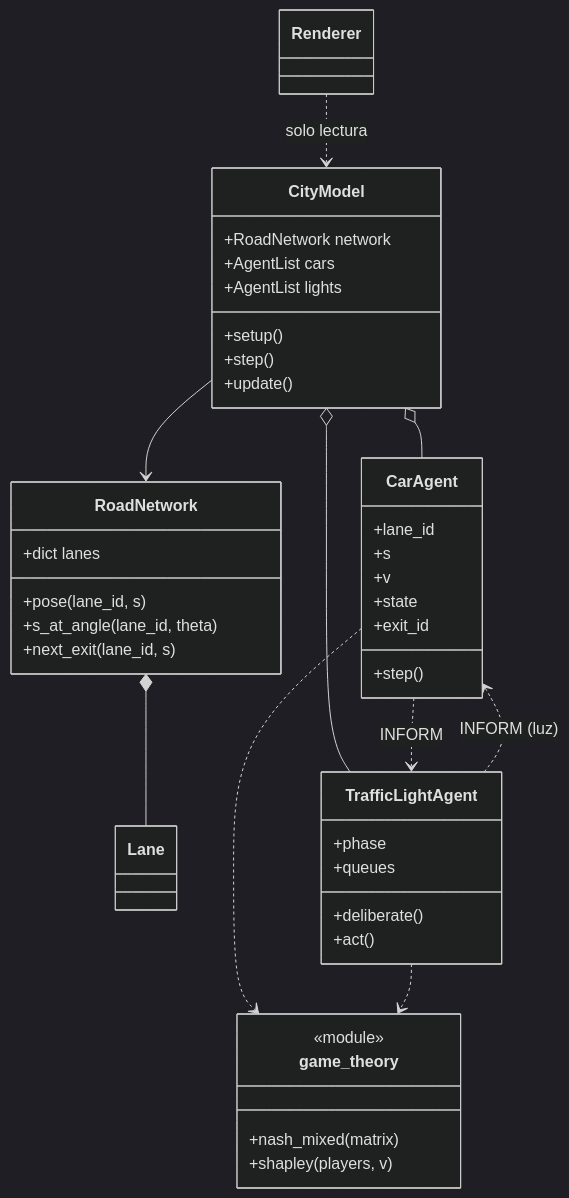
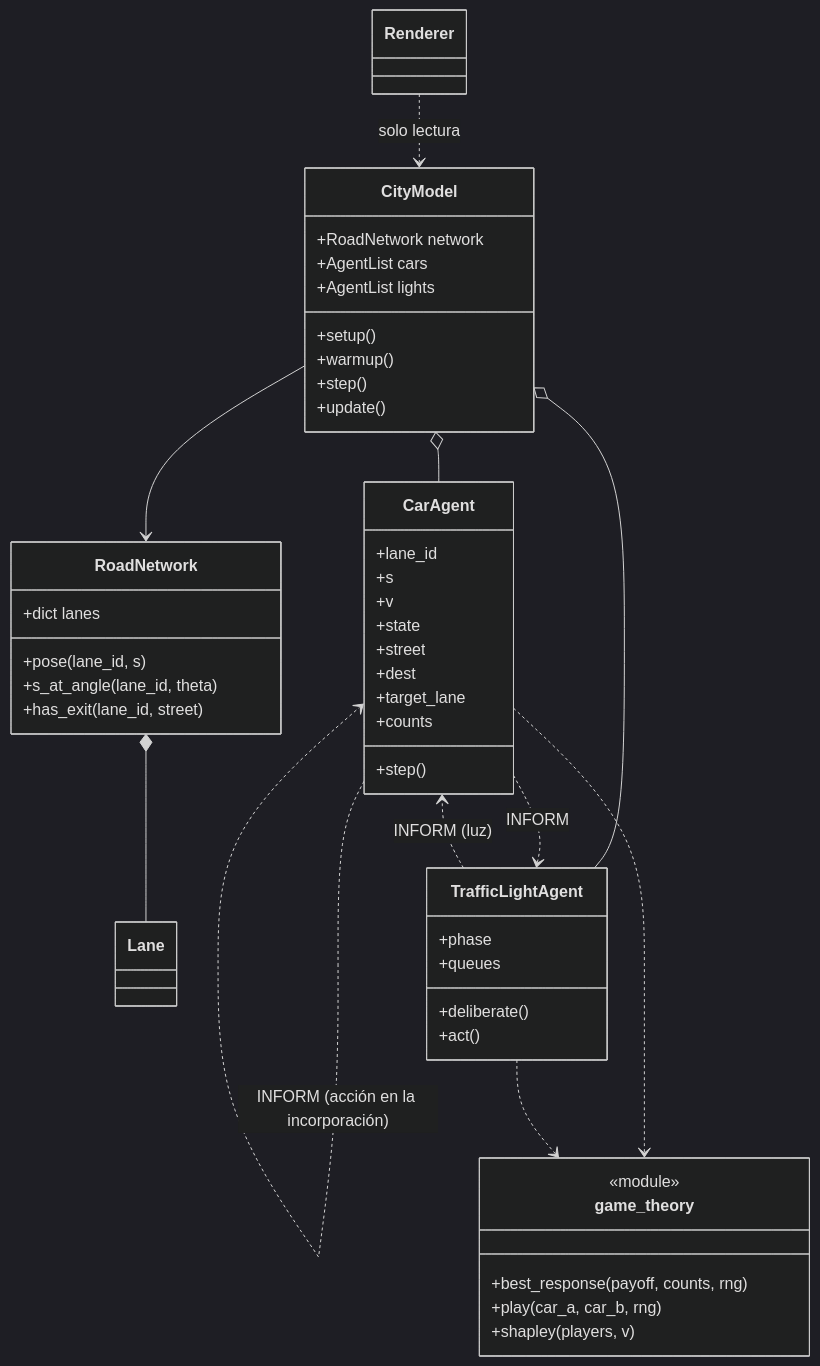
The second of 2 diagrams in Plan&rules.md (deescondrillas/traffic-simulation), drawn with Mermaid (dark theme) before and after one commit. The commit also changed other lines of this file and 50 other files, not shown here.

````diff
--- a/Plan&rules.md
+++ b/Plan&rules.md
@@ -276,47 +368,53 @@
 ```mermaid
 classDiagram
     class CityModel {
         +RoadNetwork network
         +AgentList cars
         +AgentList lights
         +setup()
+        +warmup()
         +step()
         +update()
     }
     class RoadNetwork {
         +dict lanes
         +pose(lane_id, s)
         +s_at_angle(lane_id, theta)
-        +next_exit(lane_id, s)
+        +has_exit(lane_id, street)
     }
     class Lane
     class CarAgent {
         +lane_id
         +s
         +v
         +state
-        +exit_id
+        +street
+        +dest
+        +target_lane
+        +counts
         +step()
     }
     class TrafficLightAgent {
         +phase
         +queues
         +deliberate()
         +act()
     }
     class game_theory {
         <<module>>
-        +nash_mixed(matrix)
+        +best_response(payoff, counts, rng)
+        +play(car_a, car_b, rng)
         +shapley(players, v)
     }
     class Renderer
     CityModel --> RoadNetwork
     RoadNetwork *-- Lane
     CityModel o-- CarAgent
     CityModel o-- TrafficLightAgent
+    CarAgent ..> CarAgent : INFORM (acción en la incorporación)
     CarAgent ..> TrafficLightAgent : INFORM
     TrafficLightAgent ..> CarAgent : INFORM (luz)
     CarAgent ..> game_theory
     TrafficLightAgent ..> game_theory
     Renderer ..> CityModel : solo lectura
 ```
````
